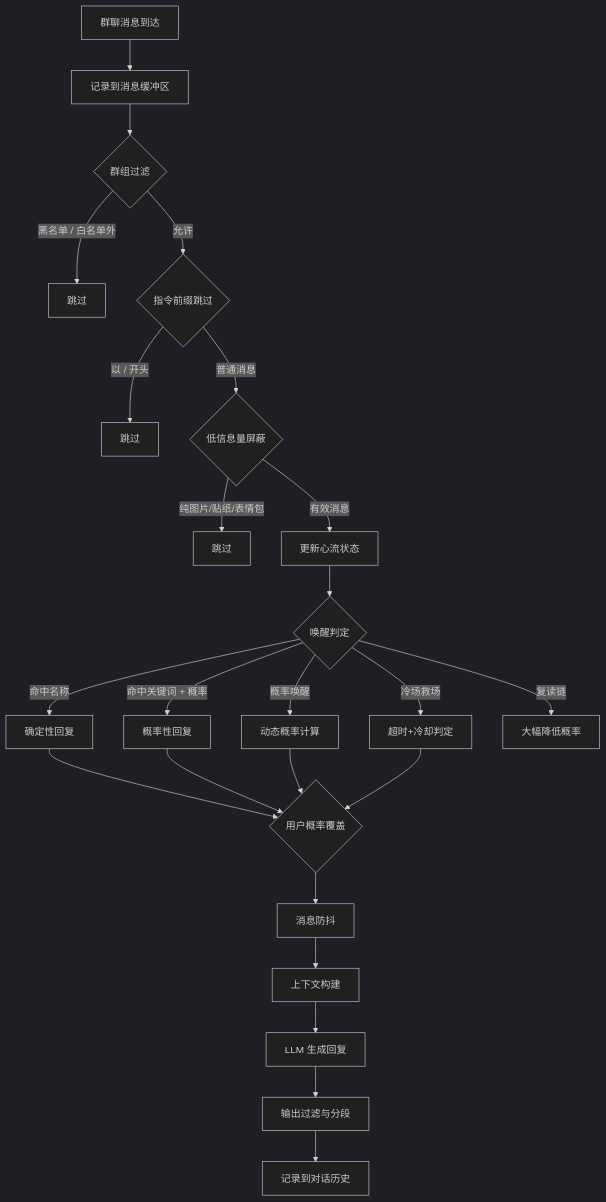
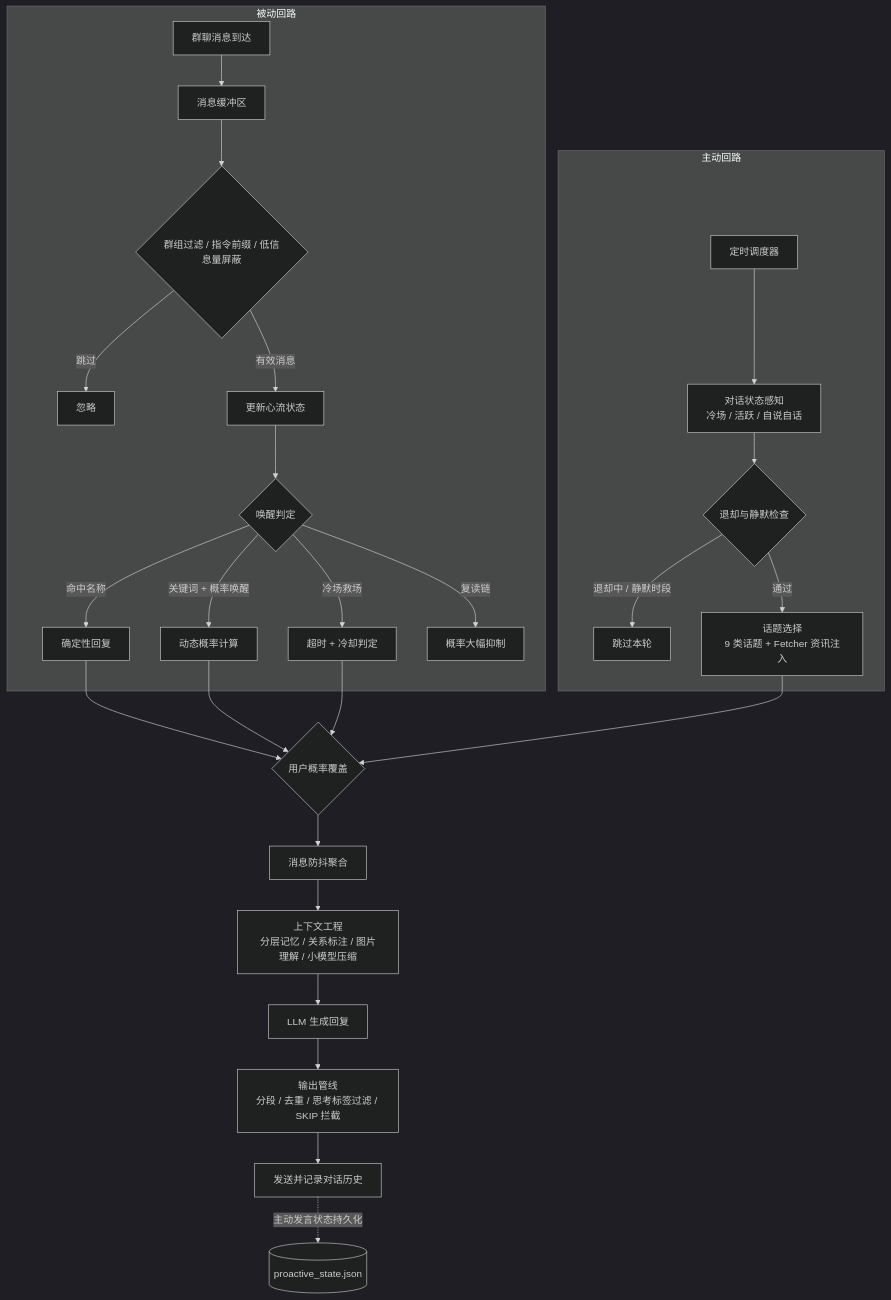
The diagram in README.md (MagicalYuYu/astrbot_plugin_smart_wakeup), drawn with Mermaid (dark theme) before and after one commit. The commit also changed other lines of this file and 14 other files, not shown here.

````diff
--- a/README.md
+++ b/README.md
@@ -205,23 +295,27 @@
 ```mermaid
 flowchart TD
-    A[群聊消息到达] --> B[记录到消息缓冲区]
-    B --> C{群组过滤}
-    C -->|黑名单 / 白名单外| D[跳过]
-    C -->|允许| E{指令前缀跳过}
-    E -->|以 / 开头| F[跳过]
-    E -->|普通消息| G{低信息量屏蔽}
-    G -->|纯图片/贴纸/表情包| H[跳过]
-    G -->|有效消息| I[更新心流状态]
-    I --> J{唤醒判定}
-    J -->|命中名称| K[确定性回复]
-    J -->|命中关键词 + 概率| L[概率性回复]
-    J -->|概率唤醒| M[动态概率计算]
-    J -->|冷场救场| N[超时+冷却判定]
-    J -->|复读链| O[大幅降低概率]
-    K & L & M & N --> P{用户概率覆盖}
-    P --> Q[消息防抖]
-    Q --> R[上下文构建]
+    subgraph 被动回路
+        A[群聊消息到达] --> B[消息缓冲区]
+        B --> C{群组过滤 / 指令前缀 / 低信息量屏蔽}
+        C -->|跳过| D[忽略]
+        C -->|有效消息| E[更新心流状态]
+        E --> F{唤醒判定}
+        F -->|命中名称| G[确定性回复]
+        F -->|关键词 + 概率唤醒| H[动态概率计算]
+        F -->|冷场救场| I[超时 + 冷却判定]
+        F -->|复读链| J[概率大幅抑制]
+    end
+    subgraph 主动回路
+        K[定时调度器] --> L[对话状态感知<br/>冷场 / 活跃 / 自说自话]
+        L --> M{退却与静默检查}
+        M -->|退却中 / 静默时段| N[跳过本轮]
+        M -->|通过| O[话题选择<br/>9 类话题 + Fetcher 资讯注入]
+    end
+    G & H & I & O --> P{用户概率覆盖}
+    P --> Q[消息防抖聚合]
+    Q --> R[上下文工程<br/>分层记忆 / 关系标注 / 图片理解 / 小模型压缩]
     R --> S[LLM 生成回复]
-    S --> T[输出过滤与分段]
-    T --> U[记录到对话历史]
+    S --> T[输出管线<br/>分段 / 去重 / 思考标签过滤 / SKIP 拦截]
+    T --> U[发送并记录对话历史]
+    U -.主动发言状态持久化.-> V[(proactive_state.json)]
 ```
````
